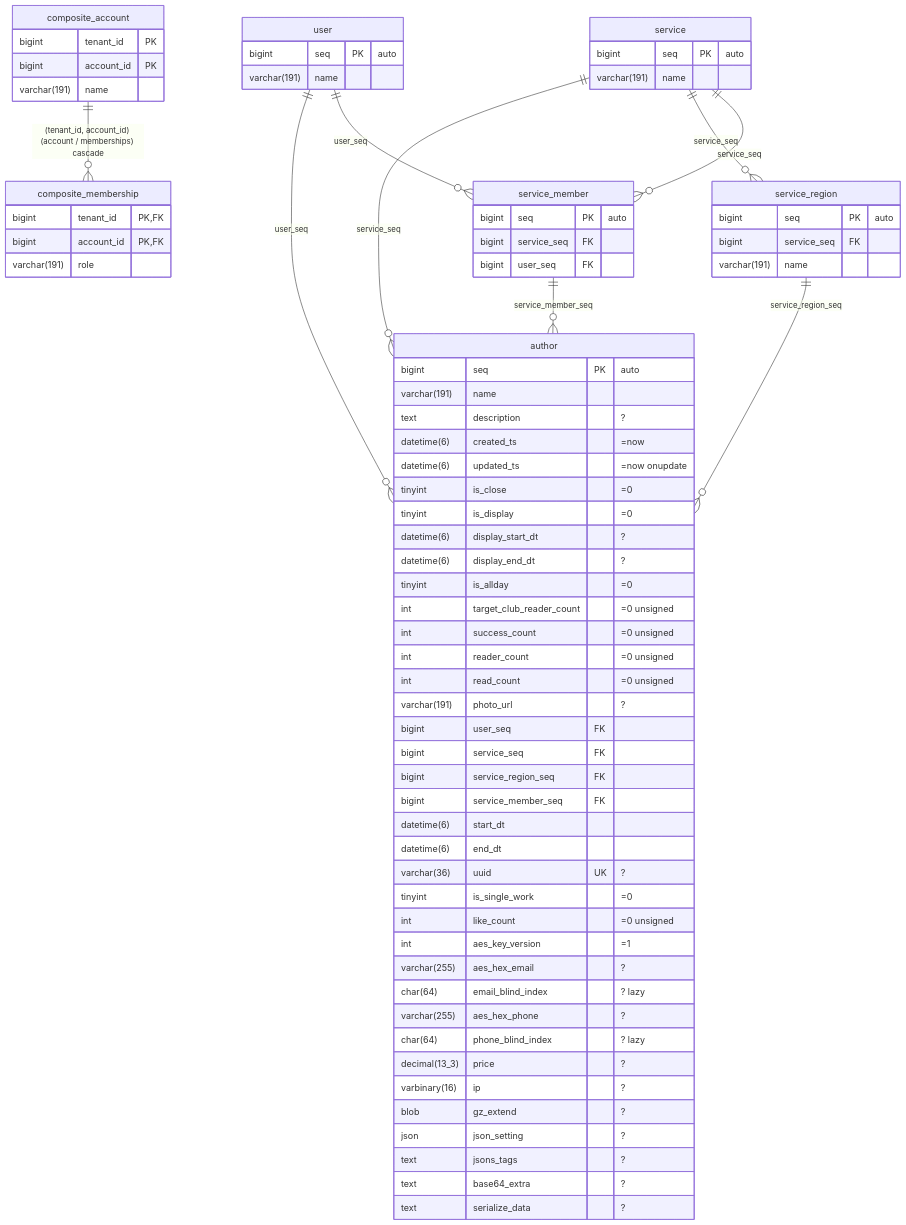
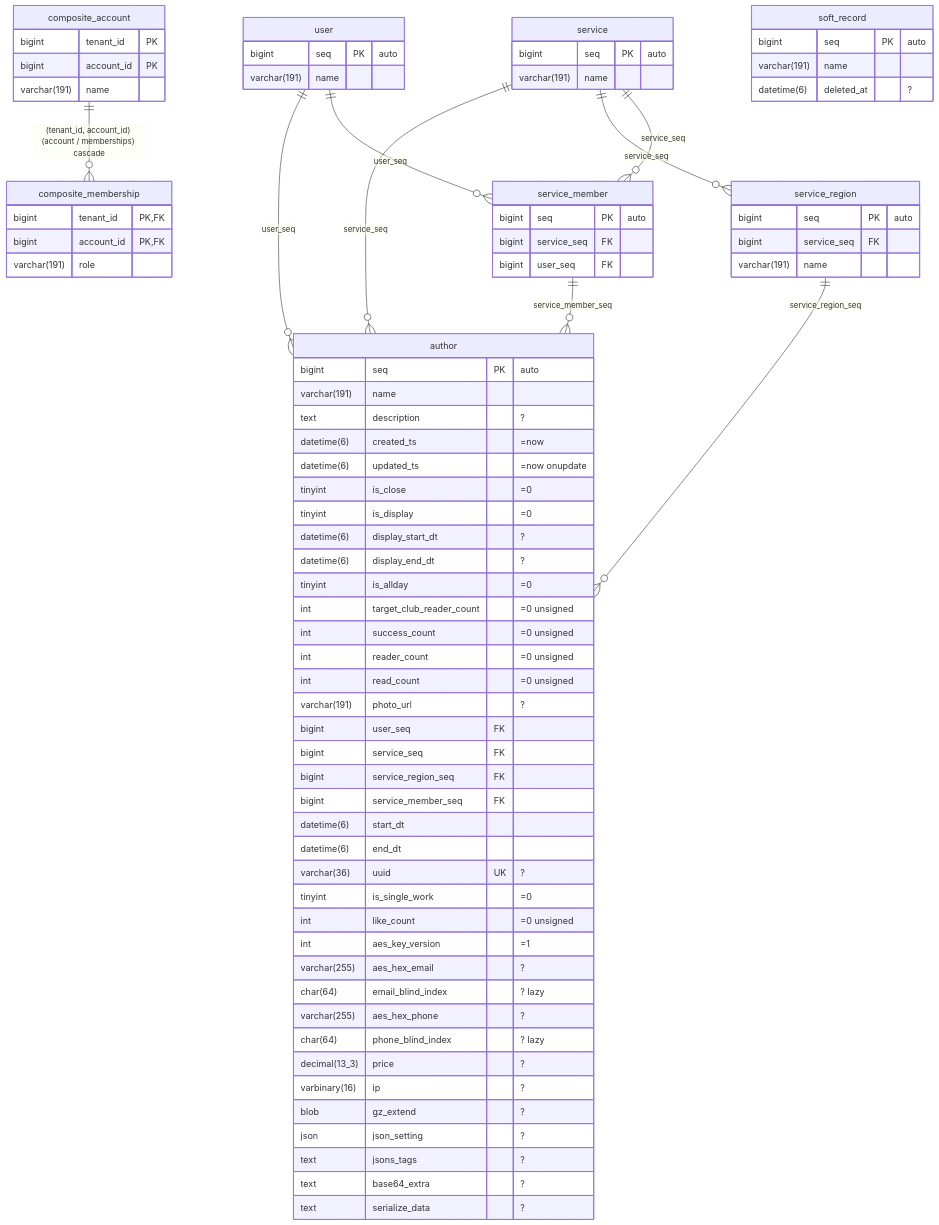
One commit to polyspec/orm changed the diagram in schema/bench.mmd. Above: the diagram before and after it, drawn with Mermaid. The commit also changed 38 other files, not shown here.

Commit message:
Add soft delete and foreign key conformance

```diff
--- a/schema/bench.mmd
+++ b/schema/bench.mmd
@@ -1,88 +1,94 @@
 erDiagram
   author {
     bigint        seq                      PK  "auto"
     varchar(191)  name
     text          description                  "?"
     datetime(6)   created_ts                   "=now"
     datetime(6)   updated_ts                   "=now onupdate"
     tinyint       is_close                     "=0"
     tinyint       is_display                   "=0"
     datetime(6)   display_start_dt             "?"
     datetime(6)   display_end_dt               "?"
     tinyint       is_allday                    "=0"
     int           target_club_reader_count     "=0 unsigned"
     int           success_count                "=0 unsigned"
     int           reader_count                 "=0 unsigned"
     int           read_count                   "=0 unsigned"
     varchar(191)  photo_url                    "?"
     bigint        user_seq                 FK
     bigint        service_seq              FK
     bigint        service_region_seq       FK
     bigint        service_member_seq       FK
     datetime(6)   start_dt
     datetime(6)   end_dt
     varchar(36)   uuid                     UK  "?"
     tinyint       is_single_work               "=0"
     int           like_count                   "=0 unsigned"
     int           aes_key_version              "=1"
     varchar(255)  aes_hex_email                "?"
     char(64)      email_blind_index            "? lazy"
     varchar(255)  aes_hex_phone                "?"
     char(64)      phone_blind_index            "? lazy"
     decimal(13_3) price                        "?"
     varbinary(16) ip                           "?"
     blob          gz_extend                    "?"
     json          json_setting                 "?"
     text          jsons_tags                   "?"
     text          base64_extra                 "?"
     text          serialize_data               "?"
   }
   user {
     bigint        seq   PK "auto"
     varchar(191)  name
   }
   service {
     bigint        seq   PK "auto"
     varchar(191)  name
   }
   service_region {
     bigint        seq   PK "auto"
     bigint        service_seq FK
     varchar(191)  name
   }
   service_member {
     bigint        seq   PK "auto"
     bigint        service_seq FK
     bigint        user_seq    FK
   }
   composite_account {
     bigint        tenant_id PK
     bigint        account_id PK
     varchar(191)  name
   }
   composite_membership {
     bigint        tenant_id PK, FK
     bigint        account_id PK, FK
     varchar(191)  role
   }
+  soft_record {
+    bigint        seq PK "auto"
+    varchar(191)  name
+    datetime(6)   deleted_at "?"
+  }
 
   user           ||--o{ author         : user_seq
   service        ||--o{ author         : service_seq
   service_region ||--o{ author         : service_region_seq
   service_member ||--o{ author         : service_member_seq
   service        ||--o{ service_region : service_seq
   service        ||--o{ service_member : service_seq
   user           ||--o{ service_member : user_seq
   composite_account ||--o{ composite_membership : "(tenant_id, account_id) (account / memberships) cascade"
 
   %% index author (service_region_seq, is_close, is_display, is_allday) ik
   %% index author (service_seq, is_close) ix_service
   %% index author (user_seq, is_close) ix_user
   %% index author (email_blind_index) ix_email_blind_index
   %% index author (phone_blind_index) ix_phone_blind_index
   %% blind_index author aes_hex_email email_blind_index
   %% blind_index author aes_hex_phone phone_blind_index
   %% scope author service_seq
   %% fulltext author (name, description)
   %% predicate author visible : `is_close` = FALSE AND `is_display` = TRUE
   %% predicate author started_after : `start_dt` > ?
+  %% soft_delete soft_record deleted_at
```
